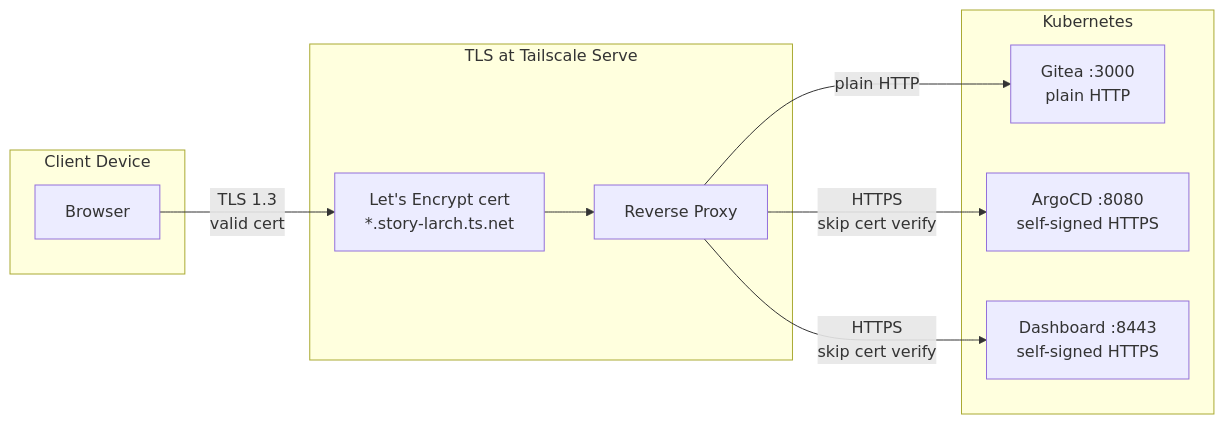
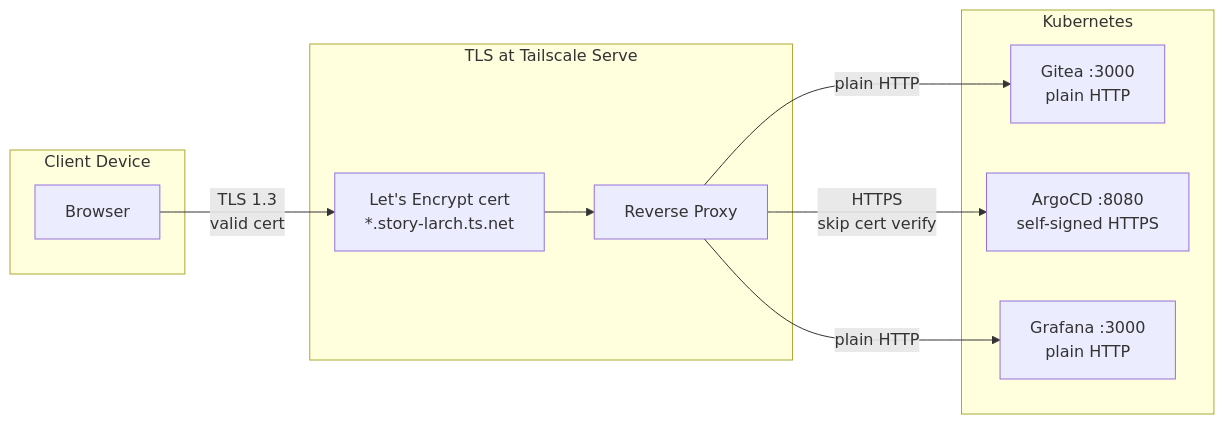
The third of 4 diagrams in docs/networking.md (haingth77/homelab), drawn with Mermaid before and after one commit. The commit also changed other lines of this file and 6 other files, not shown here.

````diff
--- a/docs/networking.md
+++ b/docs/networking.md
@@ -160,23 +160,23 @@
 ```mermaid
 flowchart LR
     subgraph client["Client Device"]
         Browser["Browser"]
     end
 
     subgraph tls["TLS at Tailscale Serve"]
         Cert["Let's Encrypt cert\n*.story-larch.ts.net"]
         Proxy["Reverse Proxy"]
     end
 
     subgraph k8s["Kubernetes"]
         Gitea["Gitea :3000\nplain HTTP"]
         ArgoCD["ArgoCD :8080\nself-signed HTTPS"]
-        Dashboard["Dashboard :8443\nself-signed HTTPS"]
+        Grafana["Grafana :3000\nplain HTTP"]
     end
 
     Browser -- "TLS 1.3\nvalid cert" --> Cert
     Cert --> Proxy
     Proxy -- "plain HTTP" --> Gitea
     Proxy -- "HTTPS\nskip cert verify" --> ArgoCD
-    Proxy -- "HTTPS\nskip cert verify" --> Dashboard
+    Proxy -- "plain HTTP" --> Grafana
 ```
````
